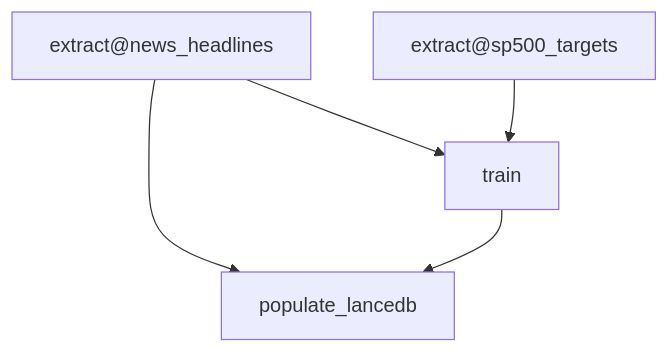
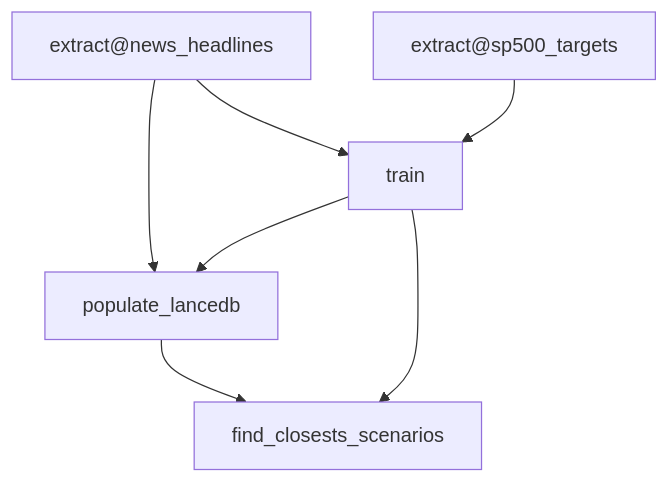
One commit to remiadon/ShockChain changed the diagram in README.md. Above: the diagram before and after it, drawn with Mermaid. The commit also changed 7 other files, not shown here.

````diff
--- a/README.md
+++ b/README.md
@@ -1,11 +1,14 @@
 ```mermaid
 flowchart TD
 	node1["extract@news_headlines"]
 	node2["extract@sp500_targets"]
-	node3["populate_lancedb"]
-	node4["train"]
-	node1-->node3
+	node3["find_closests_scenarios"]
+	node4["populate_lancedb"]
+	node5["train"]
 	node1-->node4
-	node2-->node4
+	node1-->node5
+	node2-->node5
 	node4-->node3
+	node5-->node3
+	node5-->node4
 ```
````
